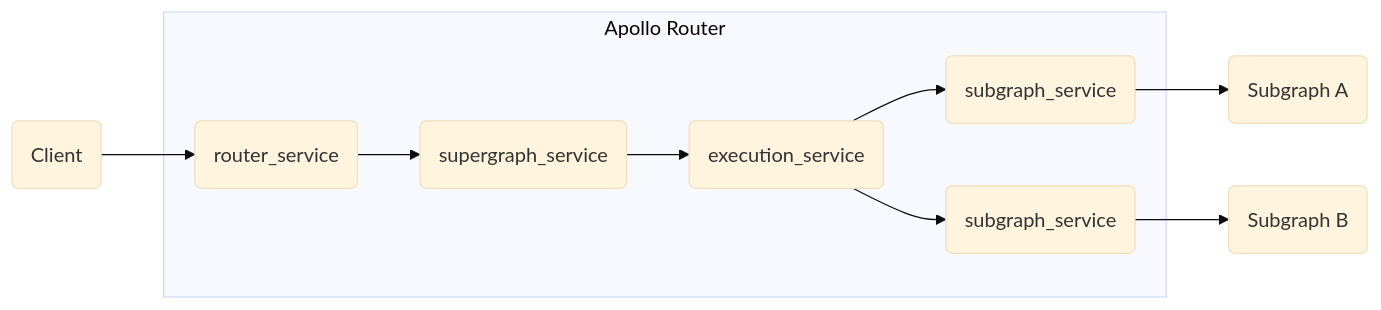
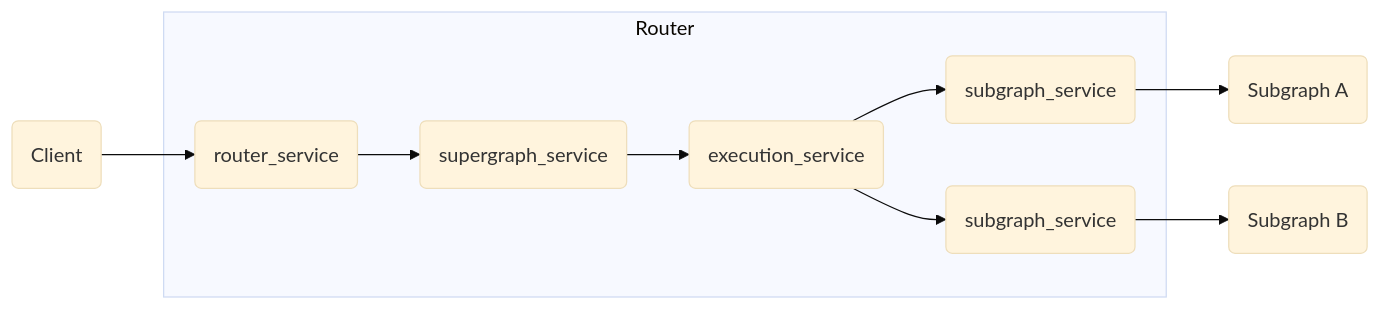
The second of 3 diagrams in docs/source/customizations/rhai.mdx (apollographql/router), drawn with Mermaid (base theme) before and after one commit. The commit also changed other lines of this file and 32 other files, not shown here.

````diff
--- a/docs/source/customizations/rhai.mdx
+++ b/docs/source/customizations/rhai.mdx
@@ -270,14 +270,14 @@
     ```mermaid
     graph LR;
       client(Client);
       client --> router(router_service);
-      subgraph Apollo Router
+      subgraph Router
       router --> supergraph(supergraph_service);
       supergraph --> execution(execution_service);
       execution --> subs_a(subgraph_service);
       execution --> subs_b(subgraph_service);
       end;
       subs_a --> sub_a(Subgraph A);
       subs_b --> sub_b(Subgraph B);
       class client,sub_a,sub_b secondary;
     ```
````
